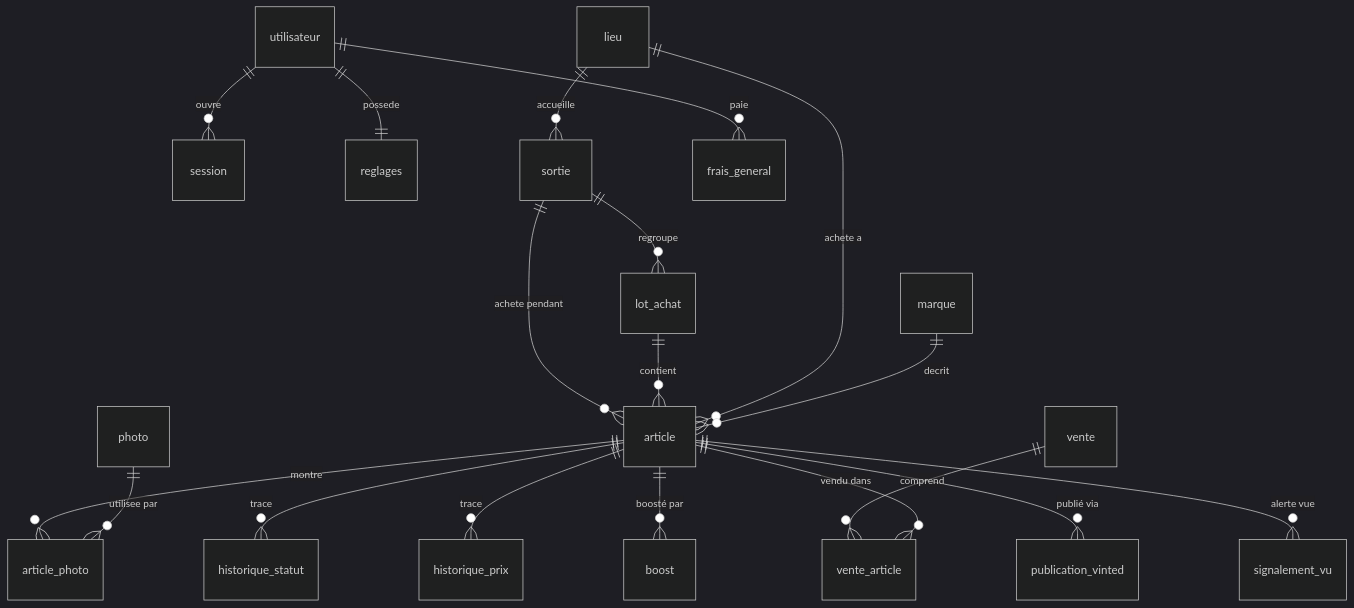
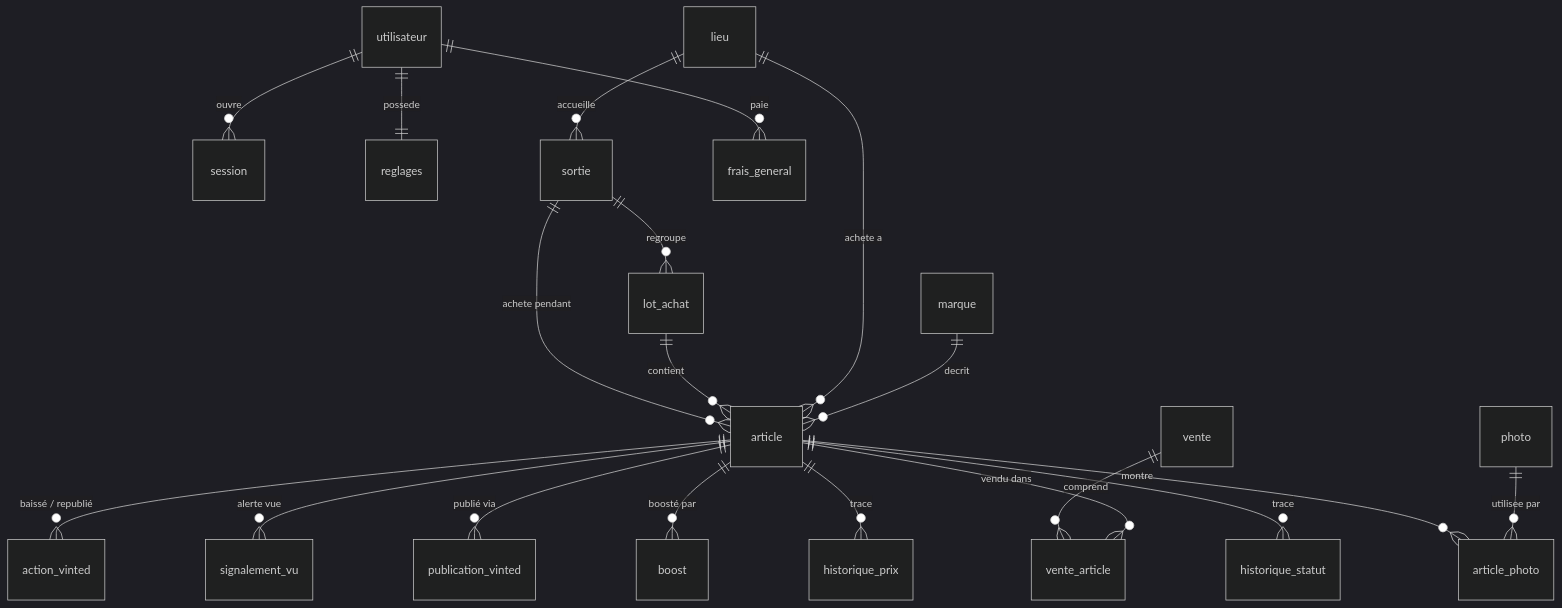
The third of 3 diagrams in docs/architecture.md (Plossec/Vinted-Helper), drawn with Mermaid (dark theme) before and after one commit. The commit also changed other lines of this file and 5 other files, not shown here.

````diff
--- a/docs/architecture.md
+++ b/docs/architecture.md
@@ -91,21 +91,22 @@
 ```mermaid
 erDiagram
   utilisateur ||--o{ session : ouvre
   utilisateur ||--|| reglages : possede
   lieu ||--o{ sortie : accueille
   sortie ||--o{ lot_achat : regroupe
   sortie ||--o{ article : "achete pendant"
   lot_achat ||--o{ article : contient
   lieu ||--o{ article : "achete a"
   marque ||--o{ article : decrit
   article ||--o{ article_photo : montre
   photo ||--o{ article_photo : "utilisee par"
   article ||--o{ historique_statut : trace
   article ||--o{ historique_prix : trace
   article ||--o{ boost : "boosté par"
   vente ||--o{ vente_article : comprend
   article ||--o{ vente_article : "vendu dans"
   article ||--o{ publication_vinted : "publié via"
   article ||--o{ signalement_vu : "alerte vue"
+  article ||--o{ action_vinted : "baissé / republié"
   utilisateur ||--o{ frais_general : paie
 ```
````
